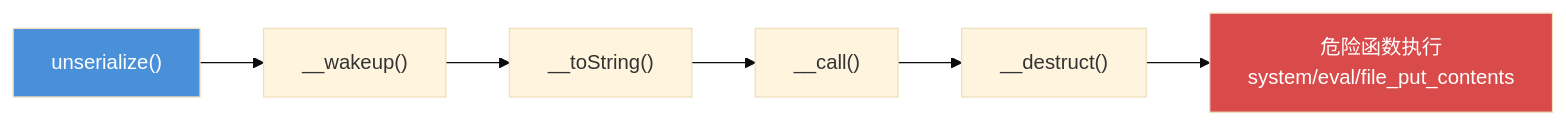
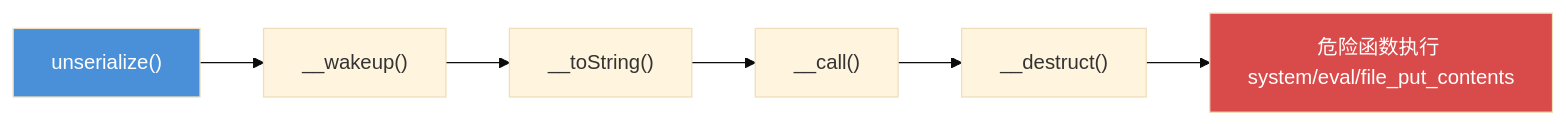
The first of 2 diagrams in source/_posts/Deserialization-php-basics.md (congliang/congliang.github.io), drawn with Mermaid (base theme) before and after one commit. The commit also changed other lines of this file and 139 other files, not shown here.

````diff
--- a/source/_posts/Deserialization-php-basics.md
+++ b/source/_posts/Deserialization-php-basics.md
@@ -149,10 +150,10 @@
 ```mermaid
 flowchart LR
     A["unserialize()"] --> B["__wakeup()"]
     B --> C["__toString()"]
     C --> D["__call()"]
     D --> E["__destruct()"]
-    E --> F["危险函数执行<br/>system/eval/file_put_contents"]
+    E --> F["危险函数执行 system/eval/file_put_contents"]
     style A fill:#4a90d9,color:#fff
     style F fill:#d94a4a,color:#fff
 ```
````
